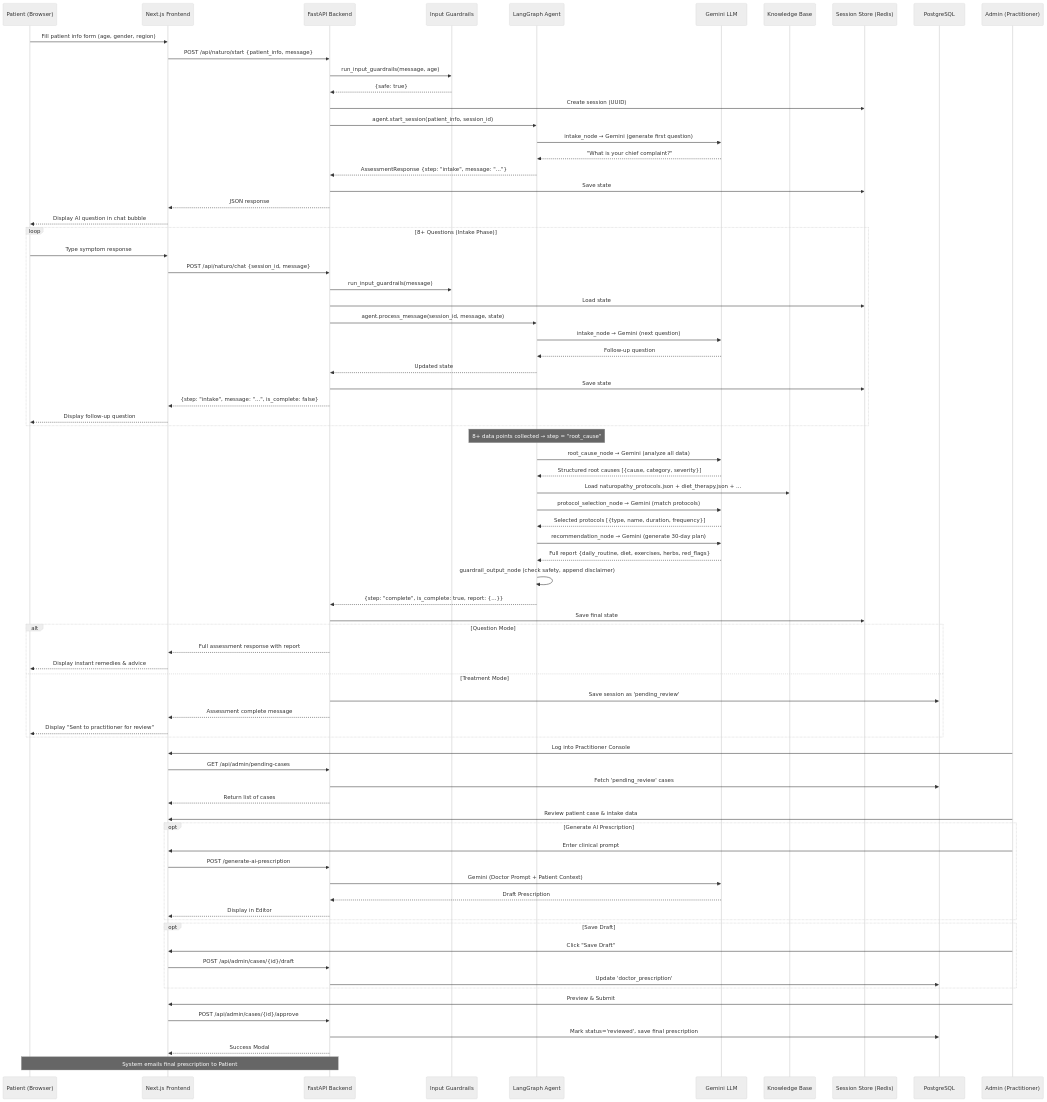
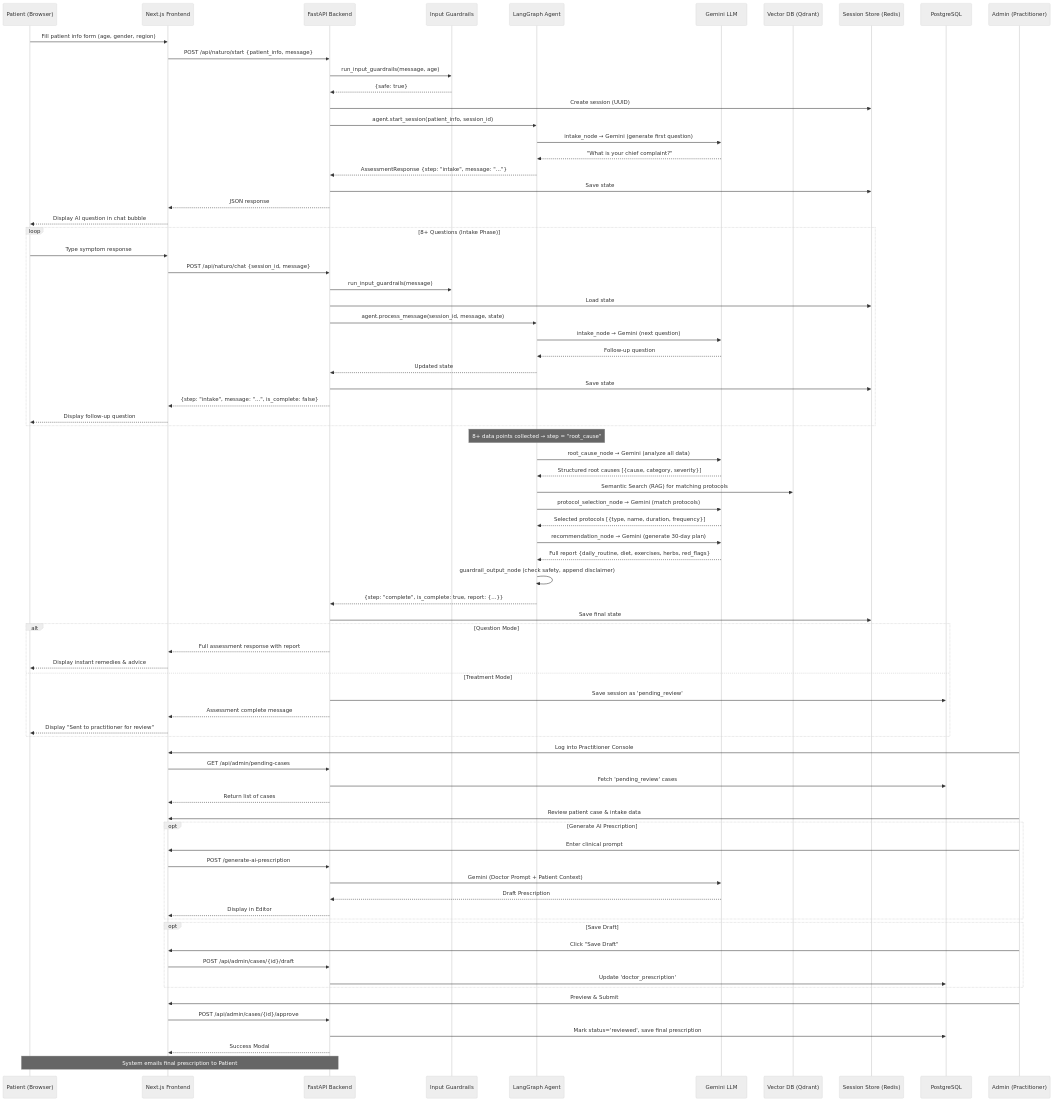
The diagram in docs/APPROACH.md (psahni/holistic_treatment_agent), drawn with Mermaid (neutral theme) before and after one commit. The commit also changed other lines of this file, not shown here.

Commit message:
docs: rename Knowledge Base to Vector DB in architecture diagrams

```diff
--- a/docs/APPROACH.md
+++ b/docs/APPROACH.md
@@ -253,7 +253,7 @@
     participant G as Input Guardrails
     participant A as LangGraph Agent
     participant L as Gemini LLM
-    participant K as Knowledge Base
+    participant K as Vector DB (Qdrant)
     participant S as Session Store (Redis)
 
     P->>F: Fill patient info form (age, gender, region)
@@ -287,7 +287,7 @@
 
     A->>L: root_cause_node → Gemini (analyze all data)
     L-->>A: Structured root causes [{cause, category, severity}]
-    A->>K: Load naturopathy_protocols.json + diet_therapy.json + ...
+    A->>K: Semantic Search (RAG) for matching protocols
     A->>L: protocol_selection_node → Gemini (match protocols)
     L-->>A: Selected protocols [{type, name, duration, frequency}]
     A->>L: recommendation_node → Gemini (generate 30-day plan)
```
